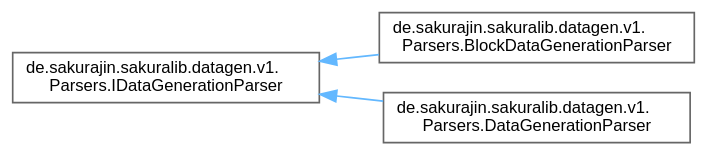
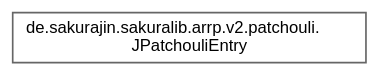
Before and after one commit to noah1510/sakura-lib: the diagram in inherit_graph_10.dot, drawn with Graphviz. The commit also changed 150 other files, not shown here.

```diff
--- a/inherit_graph_10.dot
+++ b/inherit_graph_10.dot
@@ -1,13 +1,9 @@
 digraph "Graphical Class Hierarchy"
 {
  // LATEX_PDF_SIZE
   bgcolor="transparent";
   edge [fontname=Helvetica,fontsize=10,labelfontname=Helvetica,labelfontsize=10];
   node [fontname=Helvetica,fontsize=10,shape=box,height=0.2,width=0.4];
   rankdir="LR";
-  Node0 [label="de.sakurajin.sakuralib.datagen.v1.\lParsers.IDataGenerationParser",height=0.2,width=0.4,color="grey40", fillcolor="white", style="filled",URL="$interfacede_1_1sakurajin_1_1sakuralib_1_1datagen_1_1v1_1_1Parsers_1_1IDataGenerationParser.html",tooltip="This interface is used to parse annotations."];
-  Node0 -> Node1 [dir="back",color="steelblue1",style="solid"];
-  Node1 [label="de.sakurajin.sakuralib.datagen.v1.\lParsers.BlockDataGenerationParser",height=0.2,width=0.4,color="grey40", fillcolor="white", style="filled",URL="$classde_1_1sakurajin_1_1sakuralib_1_1datagen_1_1v1_1_1Parsers_1_1BlockDataGenerationParser.html",tooltip="This parser is used to generate block items for blocks that implement the BlockItemGenerateable inter..."];
-  Node0 -> Node2 [dir="back",color="steelblue1",style="solid"];
-  Node2 [label="de.sakurajin.sakuralib.datagen.v1.\lParsers.DataGenerationParser",height=0.2,width=0.4,color="grey40", fillcolor="white", style="filled",URL="$classde_1_1sakurajin_1_1sakuralib_1_1datagen_1_1v1_1_1Parsers_1_1DataGenerationParser.html",tooltip=" "];
+  Node0 [label="de.sakurajin.sakuralib.arrp.v2.patchouli.\lJPatchouliEntry",height=0.2,width=0.4,color="grey40", fillcolor="white", style="filled",URL="$classde_1_1sakurajin_1_1sakuralib_1_1arrp_1_1v2_1_1patchouli_1_1JPatchouliEntry.html",tooltip="A patchouli entry."];
 }
```
